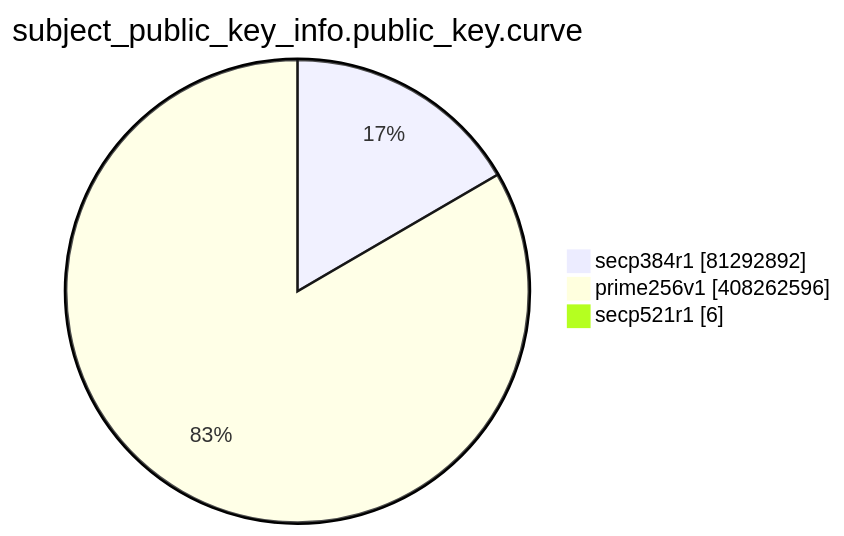
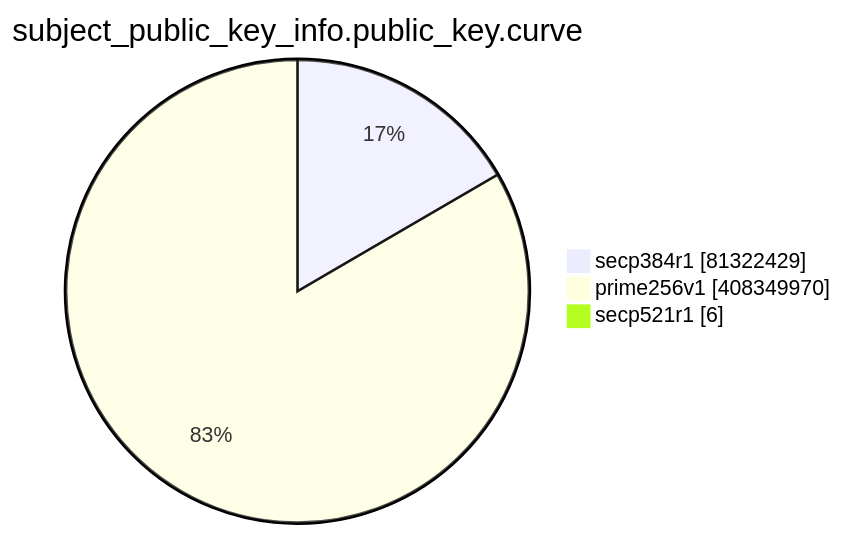
Before and after one commit to christiankrug/ctmonitor_visualization: the eighth of 15 diagrams in TOTAL/README.md, drawn with Mermaid. The commit also changed other lines of this file, not shown here.

````diff
--- a/TOTAL/README.md
+++ b/TOTAL/README.md
@@ -3096,7 +3096,7 @@
 ```mermaid
 pie showData
 title subject_public_key_info.public_key.curve
-"secp384r1" :81292892
-"prime256v1" :408262596
+"secp384r1" :81322429
+"prime256v1" :408349970
 "secp521r1" :6
 ```
````
